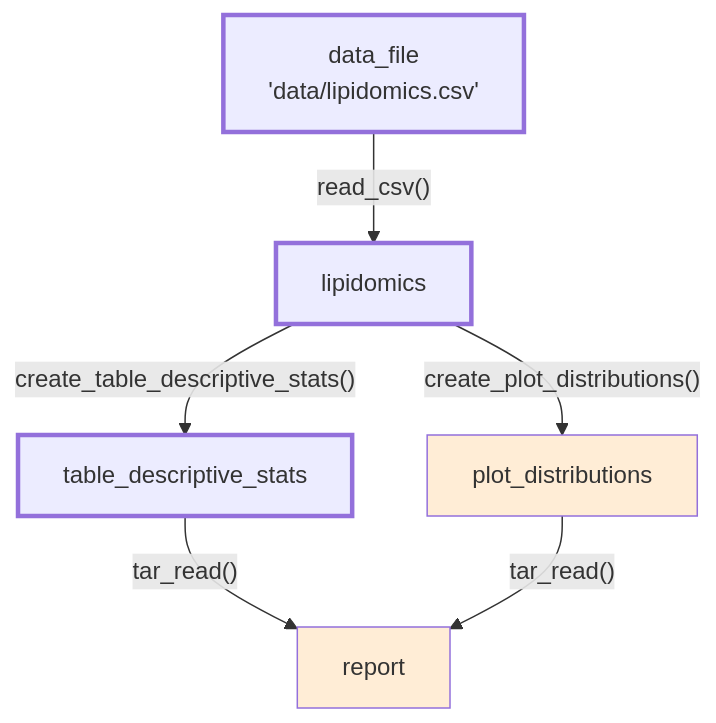
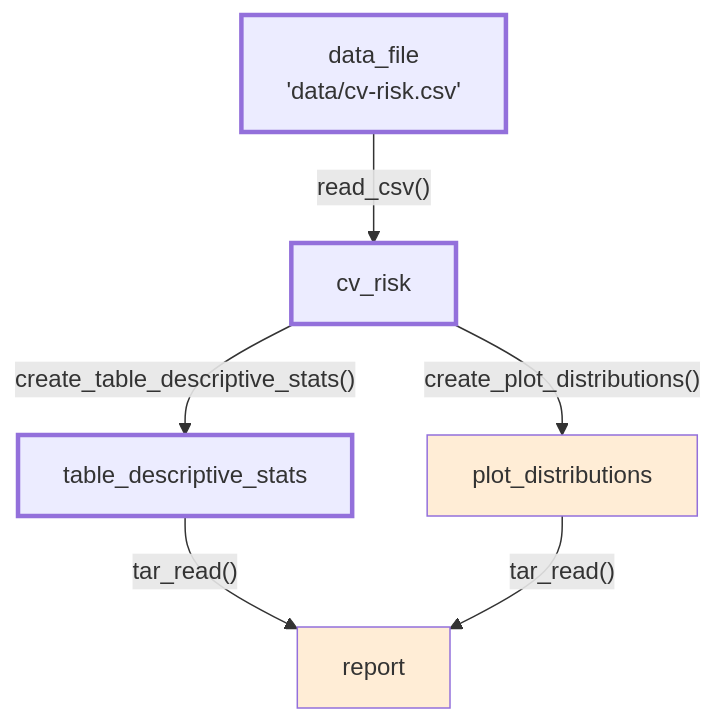
The third of 3 diagrams in sessions/pipelines-outputs.qmd (rostools/r-cubed-advanced), drawn with Mermaid before and after one commit. The commit also changed other lines of this file and 8 other files, not shown here.

````diff
--- a/sessions/pipelines-outputs.qmd
+++ b/sessions/pipelines-outputs.qmd
@@ -578,15 +698,15 @@
 ```{mermaid}
 %%| label: fig-first-three-done-pipeline
 %%| fig-cap: The first product added to the pipeline, two more items to go.
 %%| echo: false
 
 graph TB
-    data_file["data_file<br>'data/lipidomics.csv'"]:::done -->|"read_csv()"| lipidomics:::done
-    lipidomics -->|"create_table_descriptive_stats()"| table_descriptive_stats:::done
-    lipidomics -->|"create_plot_distributions()"| plot_distributions:::wip
+    data_file["data_file<br>'data/cv-risk.csv'"]:::done -->|"read_csv()"| cv_risk:::done
+    cv_risk -->|"create_table_descriptive_stats()"| table_descriptive_stats:::done
+    cv_risk -->|"create_plot_distributions()"| plot_distributions:::wip
     table_descriptive_stats -->|"tar_read()"| report:::wip
     plot_distributions -->|"tar_read()"| report
 
     classDef done stroke-width:3px
     classDef wip fill:#ffedd6
 ```
````
